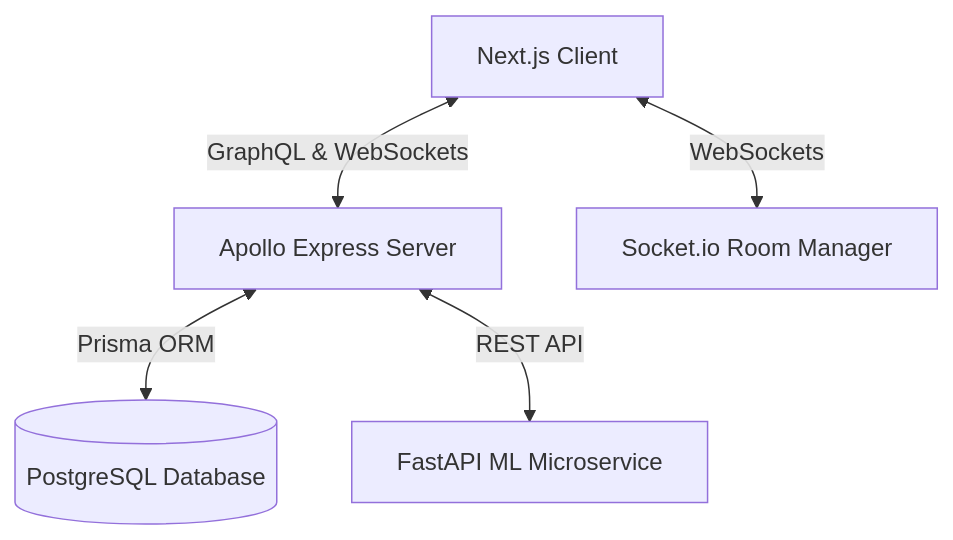
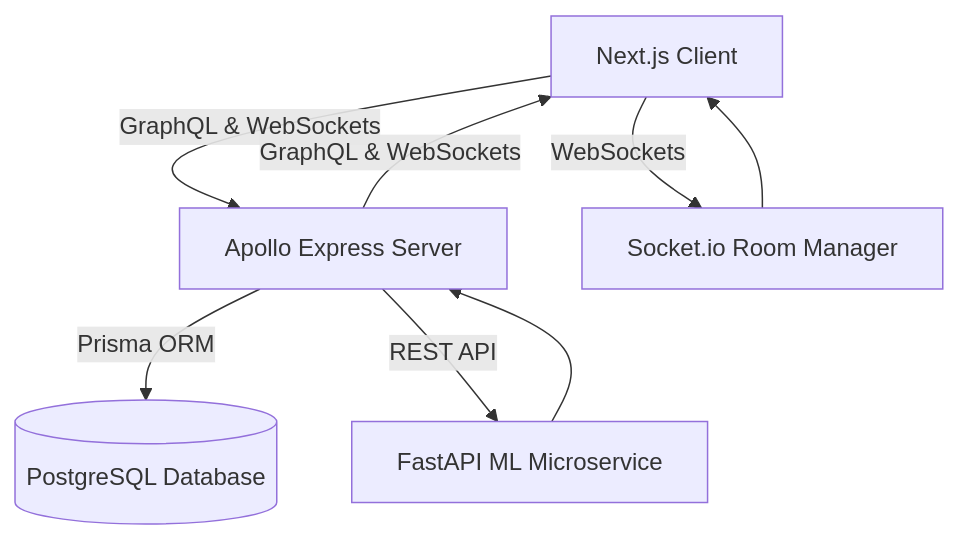
The diagram in README.md (AadityaUniyal/Examy_Prepp), drawn with Mermaid before and after one commit. The commit also changed other lines of this file and 84 other files, not shown here.

````diff
--- a/README.md
+++ b/README.md
@@ -11,7 +11,10 @@
 ```mermaid
 graph TD
-    Client[Next.js Client] <-->|GraphQL & WebSockets| API[Apollo Express Server]
-    API <-->|Prisma ORM| DB[(PostgreSQL Database)]
-    API <-->|REST API| ML[FastAPI ML Microservice]
-    Client <-->|WebSockets| SocketHandler[Socket.io Room Manager]
+    Client[Next.js Client] -->|GraphQL & WebSockets| API[Apollo Express Server]
+    API -->|GraphQL & WebSockets| Client
+    API -->|Prisma ORM| DB[(PostgreSQL Database)]
+    API -->|REST API| ML[FastAPI ML Microservice]
+    ML --> API
+    Client -->|WebSockets| SocketHandler[Socket.io Room Manager]
+    SocketHandler --> Client
 ```
````
